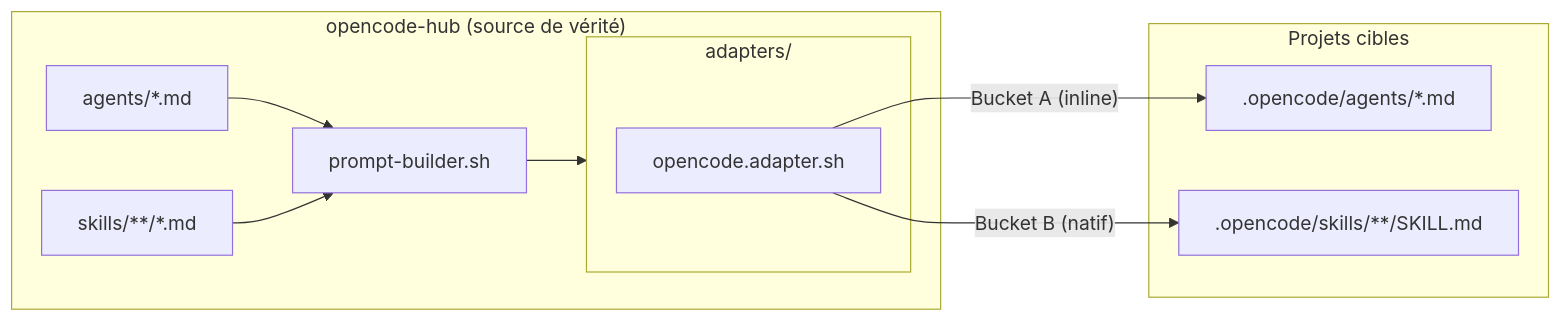
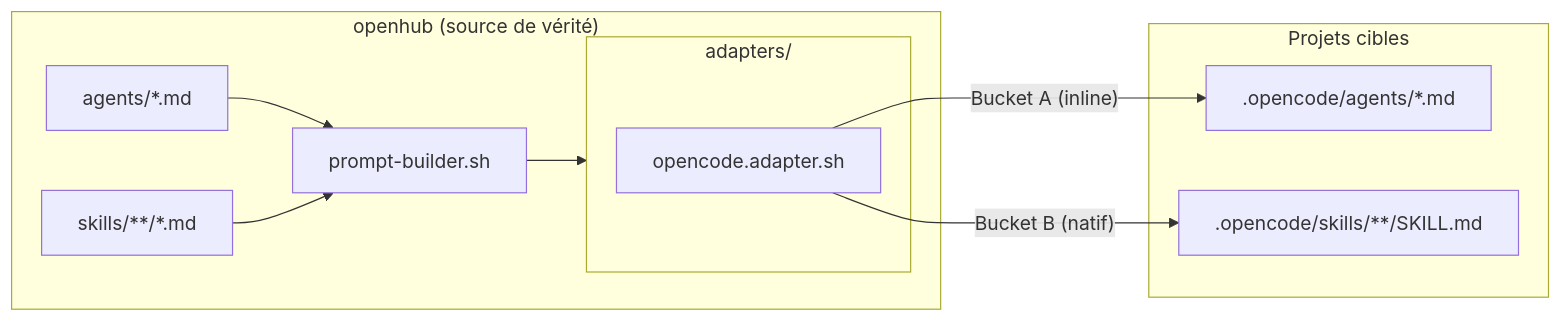
The first of 3 diagrams in docs/architecture/overview.fr.md (datichb/openhub), drawn with Mermaid before and after one commit. The commit also changed other lines of this file and 59 other files, not shown here.

First line of the commit message:
chore: rename project from opencode-hub to openhub

````diff
--- a/docs/architecture/overview.fr.md
+++ b/docs/architecture/overview.fr.md
@@ -68,16 +68,16 @@
 ```mermaid
 flowchart LR
-    subgraph HUB["opencode-hub (source de vérité)"]
+    subgraph HUB["openhub (source de vérité)"]
         A[agents/*.md] --> PB[prompt-builder.sh]
         S[skills/**/*.md] --> PB
         PB --> ADP
         subgraph ADP["adapters/"]
             OC[opencode.adapter.sh]
         end
     end
 
     subgraph PROJETS["Projets cibles"]
         OC -->|"Bucket A (inline)"| P1[".opencode/agents/*.md"]
         OC -->|"Bucket B (natif)"| P2[".opencode/skills/**/SKILL.md"]
     end
 ```
````
